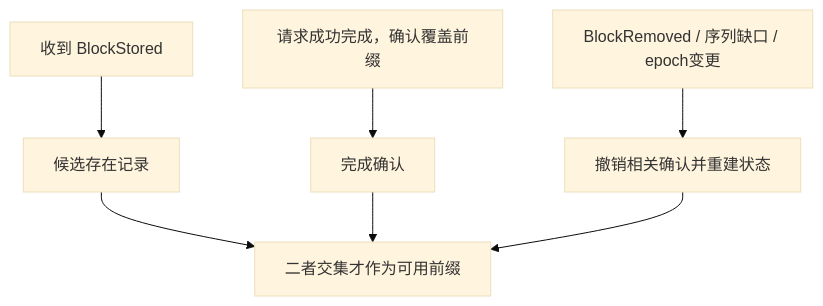
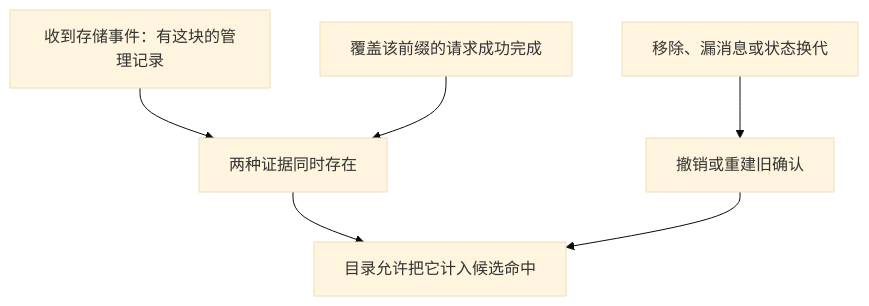
One commit to emprorsky/vllm_xxy changed diagram 20 of 33 in Documents_xxy/20261019最终面试向理解文档.md. Above: the diagram before and after it, drawn with Mermaid (base theme). The commit also changed other lines of this file, not shown here.

````diff
--- a/Documents_xxy/20261019最终面试向理解文档.md
+++ b/Documents_xxy/20261019最终面试向理解文档.md
@@ -704,9 +1016,8 @@
 ```mermaid
 flowchart TB
-    A["收到 BlockStored"] --> C["候选存在记录"]
-    B["请求成功完成，确认覆盖前缀"] --> D["完成确认"]
-    C --> E["二者交集才作为可用前缀"]
-    D --> E
-    F["BlockRemoved / 序列缺口 / epoch变更"] --> G["撤销相关确认并重建状态"]
-    G --> E
+    A["收到存储事件：有这块的管理记录"] --> C["两种证据同时存在"]
+    B["覆盖该前缀的请求成功完成"] --> C
+    C --> D["目录允许把它计入候选命中"]
+    E["移除、漏消息或状态换代"] --> F["撤销或重建旧确认"]
+    F --> D
 ```
````
